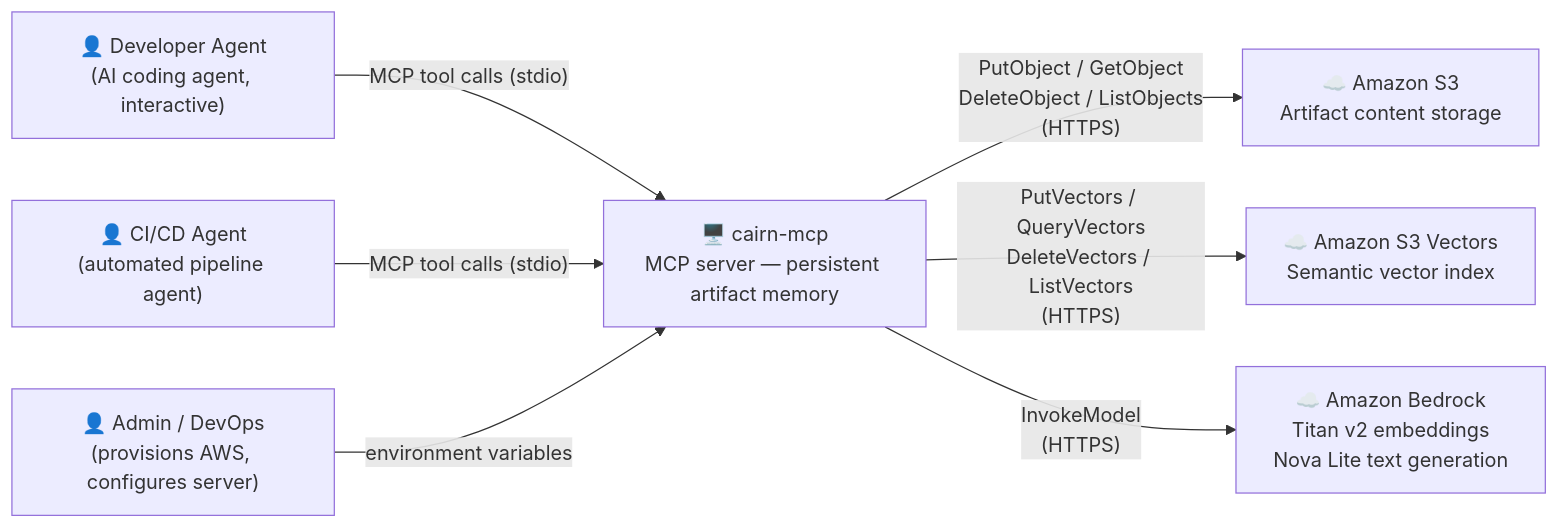
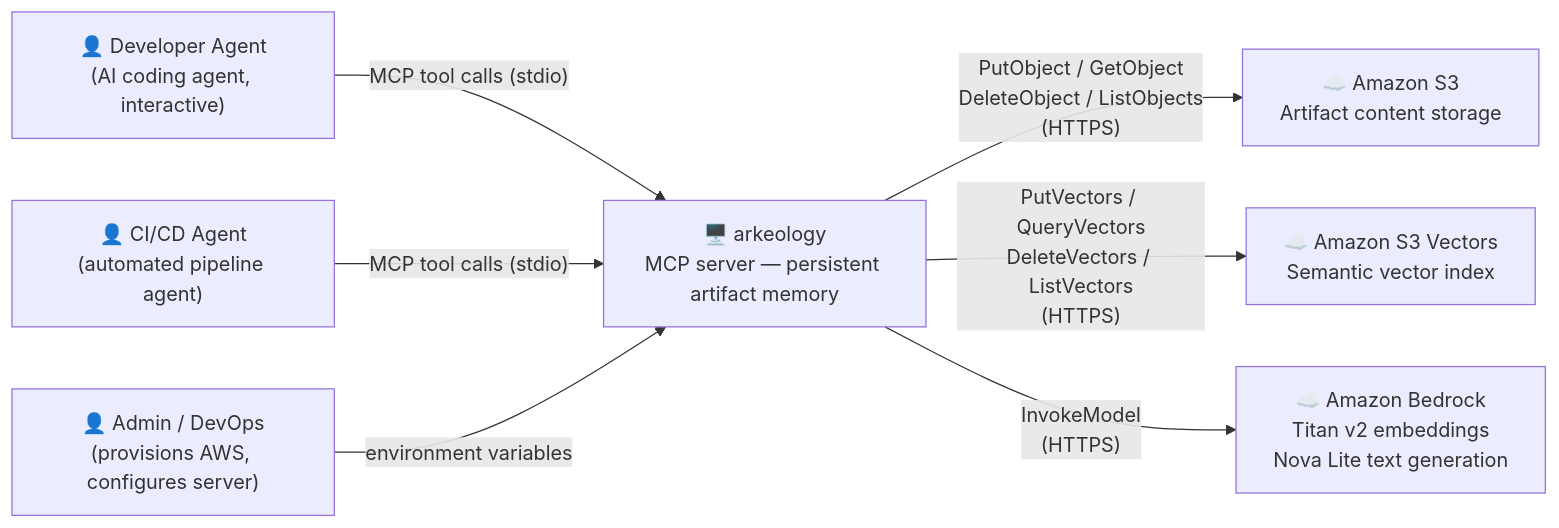
The first of 3 diagrams in docs/architecture-decisions/overview.md (amanoxsolutions/arkeology), drawn with Mermaid before and after one commit. The commit also changed other lines of this file and 312 other files, not shown here.

First line of the commit message:
🔥 rename: rebrand cairn-mcp to Arkeology

````diff
--- a/docs/architecture-decisions/overview.md
+++ b/docs/architecture-decisions/overview.md
@@ -21,20 +21,20 @@
 ```mermaid
 graph LR
     devagent["👤 Developer Agent\n(AI coding agent, interactive)"]
     ciagent["👤 CI/CD Agent\n(automated pipeline agent)"]
     admin["👤 Admin / DevOps\n(provisions AWS, configures server)"]
 
-    cairn["🖥️ cairn-mcp\nMCP server — persistent artifact memory"]
+    arkeology["🖥️ arkeology\nMCP server — persistent artifact memory"]
 
     s3["☁️ Amazon S3\nArtifact content storage"]
     s3v["☁️ Amazon S3 Vectors\nSemantic vector index"]
     bedrock["☁️ Amazon Bedrock\nTitan v2 embeddings\nNova Lite text generation"]
 
-    devagent -- "MCP tool calls (stdio)" --> cairn
-    ciagent -- "MCP tool calls (stdio)" --> cairn
-    admin -- "environment variables" --> cairn
+    devagent -- "MCP tool calls (stdio)" --> arkeology
+    ciagent -- "MCP tool calls (stdio)" --> arkeology
+    admin -- "environment variables" --> arkeology
 
-    cairn -- "PutObject / GetObject\nDeleteObject / ListObjects\n(HTTPS)" --> s3
-    cairn -- "PutVectors / QueryVectors\nDeleteVectors / ListVectors\n(HTTPS)" --> s3v
-    cairn -- "InvokeModel\n(HTTPS)" --> bedrock
+    arkeology -- "PutObject / GetObject\nDeleteObject / ListObjects\n(HTTPS)" --> s3
+    arkeology -- "PutVectors / QueryVectors\nDeleteVectors / ListVectors\n(HTTPS)" --> s3v
+    arkeology -- "InvokeModel\n(HTTPS)" --> bedrock
 ```
````
